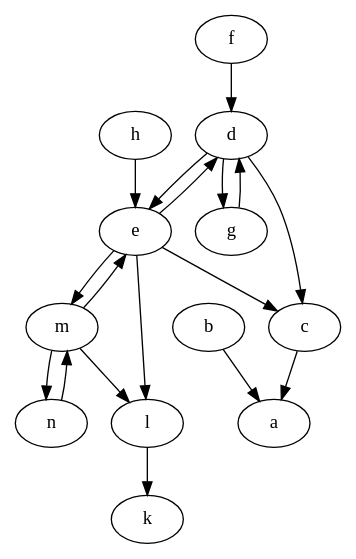
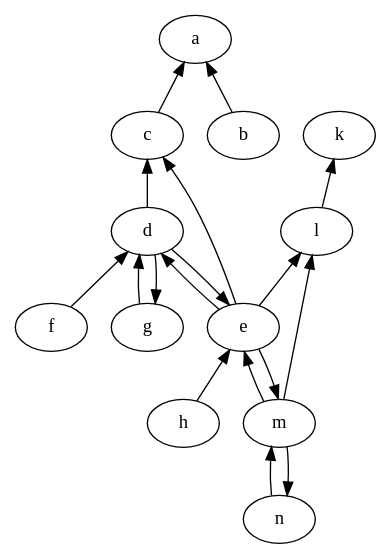
Before and after one commit to idaks/Games-and-Argumentation: the diagram in XLoKR-V2/output/argu_graph.dot, drawn with Graphviz. The commit also changed 8 other files, not shown here.

```diff
--- a/XLoKR-V2/output/argu_graph.dot
+++ b/XLoKR-V2/output/argu_graph.dot
@@ -1,19 +1,19 @@
 strict digraph "" {
-	b -> a	[dir=forward];
-	c -> a	[dir=forward];
-	l -> k	[dir=forward];
-	d -> c	[dir=forward];
-	d -> e	[dir=forward];
-	d -> g	[dir=forward];
-	e -> c	[dir=forward];
-	e -> l	[dir=forward];
-	e -> d	[dir=forward];
-	e -> m	[dir=forward];
-	g -> d	[dir=forward];
-	m -> l	[dir=forward];
-	m -> e	[dir=forward];
-	m -> n	[dir=forward];
-	n -> m	[dir=forward];
-	f -> d	[dir=forward];
-	h -> e	[dir=forward];
+	a -> b	[dir=back];
+	a -> c	[dir=back];
+	c -> d	[dir=back];
+	c -> e	[dir=back];
+	k -> l	[dir=back];
+	l -> e	[dir=back];
+	l -> m	[dir=back];
+	d -> e	[dir=back];
+	d -> g	[dir=back];
+	d -> f	[dir=back];
+	e -> d	[dir=back];
+	e -> m	[dir=back];
+	e -> h	[dir=back];
+	g -> d	[dir=back];
+	m -> e	[dir=back];
+	m -> n	[dir=back];
+	n -> m	[dir=back];
 }
```
